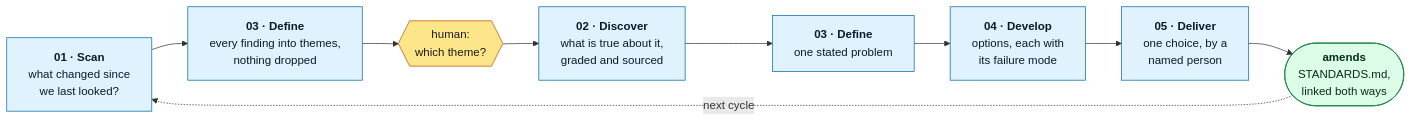
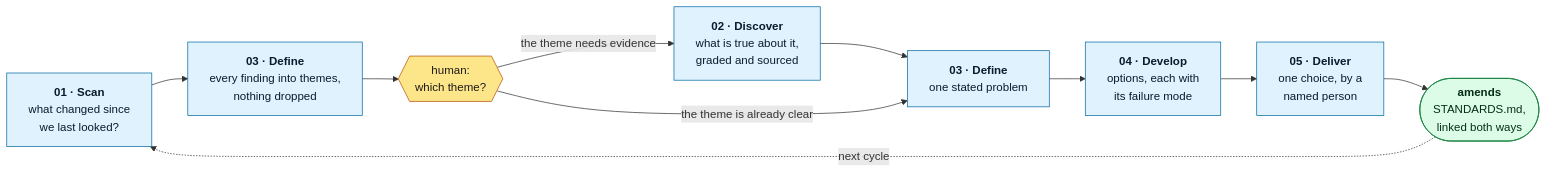
One commit to Okja-Engineering/ai-native-sdlc changed the diagram in README.md. Above: the diagram before and after it, drawn with Mermaid. The commit also changed other lines of this file and 4 other files, not shown here.

````diff
--- a/README.md
+++ b/README.md
@@ -21,21 +21,24 @@
 ```mermaid
 flowchart LR
     S["<b>01 · Scan</b><br/>what changed since<br/>we last looked?"]
     F1["<b>03 · Define</b><br/>every finding into themes,<br/>nothing dropped"]
     G1{{"human:<br/>which theme?"}}
     D["<b>02 · Discover</b><br/>what is true about it,<br/>graded and sourced"]
     F2["<b>03 · Define</b><br/>one stated problem"]
     V["<b>04 · Develop</b><br/>options, each with<br/>its failure mode"]
     L["<b>05 · Deliver</b><br/>one choice, by a<br/>named person"]
     U(["<b>amends</b><br/>STANDARDS.md,<br/>linked both ways"])
 
-    S --> F1 --> G1 --> D --> F2 --> V --> L --> U
+    S --> F1 --> G1
+    G1 -- "the theme needs evidence" --> D --> F2
+    G1 -- "the theme is already clear" --> F2
+    F2 --> V --> L --> U
     U -. "next cycle" .-> S
 
     classDef human fill:#fde68a,stroke:#b45309,color:#1c1917
     classDef step fill:#e0f2fe,stroke:#0369a1,color:#0c1a2b
     classDef out fill:#dcfce7,stroke:#15803d,color:#052e16
     class G1 human
     class S,F1,D,F2,V,L step
     class U out
 ```
````
